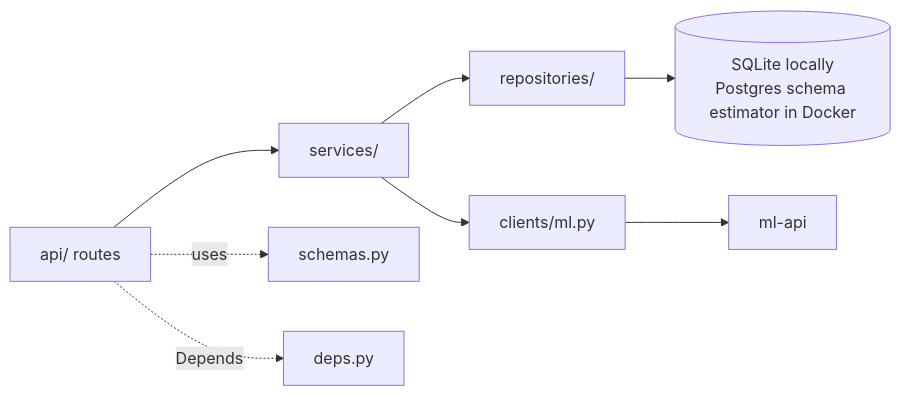
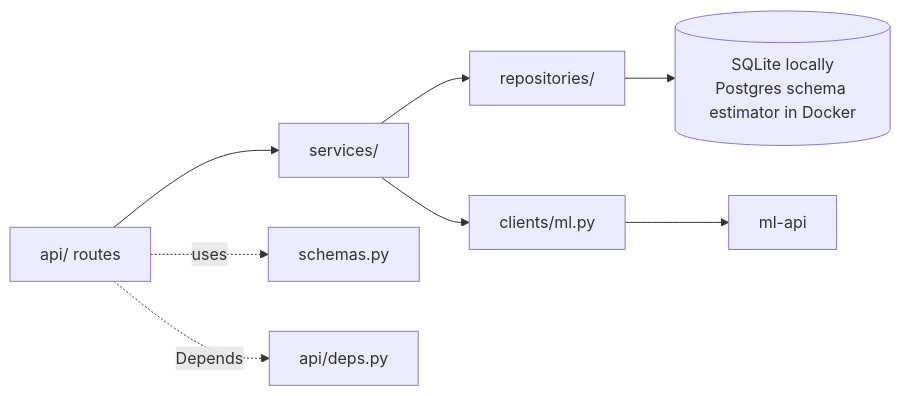
The first of 2 diagrams in estimator-api/ARCHITECTURE.md (Ekhrapykin/housing-prediction-portal), drawn with Mermaid before and after one commit. The commit also changed other lines of this file and 34 other files, not shown here.

````diff
--- a/estimator-api/ARCHITECTURE.md
+++ b/estimator-api/ARCHITECTURE.md
@@ -5,8 +5,8 @@
 ```mermaid
 flowchart LR
   R[api/ routes] --> S[services/]
   S --> Repo[repositories/] --> DB[(SQLite locally<br/>Postgres schema estimator in Docker)]
   S --> C[clients/ml.py] --> ML[ml-api]
   R -.uses.-> Sch[schemas.py]
-  R -.Depends.-> D[deps.py]
+  R -.Depends.-> D[api/deps.py]
 ```
````
